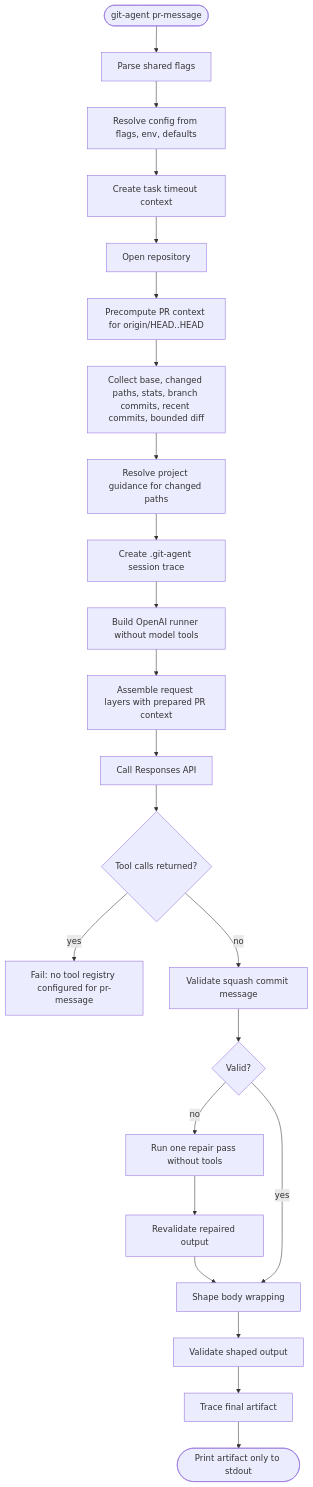
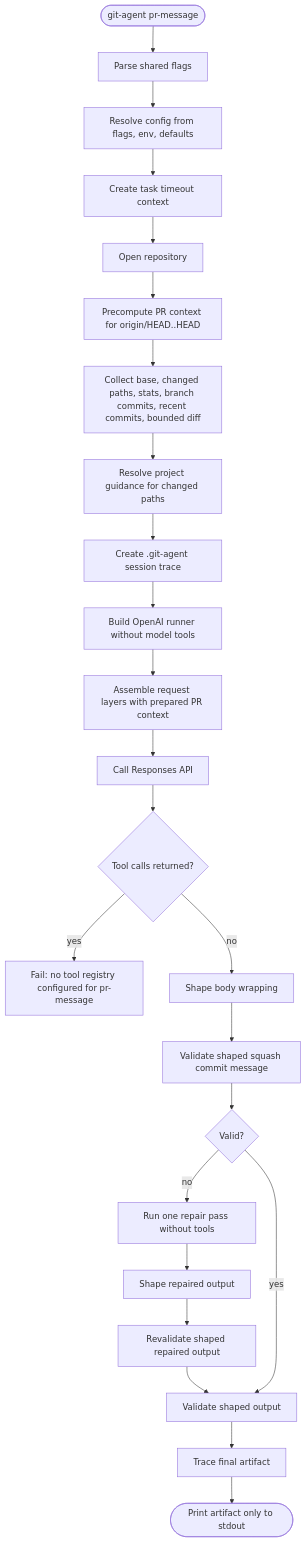
The fourth of 5 diagrams in docs/spec.md (yusing/git-agent), drawn with Mermaid before and after one commit. The commit also changed other lines of this file and 8 other files, not shown here.

````diff
--- a/docs/spec.md
+++ b/docs/spec.md
@@ -433,25 +435,26 @@
 ```mermaid
 flowchart TD
     Start([git-agent pr-message]) --> Parse[Parse shared flags]
     Parse --> Resolve[Resolve config from flags, env, defaults]
     Resolve --> Timeout[Create task timeout context]
     Timeout --> OpenRepo[Open repository]
     OpenRepo --> Prepare[Precompute PR context for origin/HEAD..HEAD]
     Prepare --> Evidence[Collect base, changed paths, stats, branch commits, recent commits, bounded diff]
     Evidence --> Guidance[Resolve project guidance for changed paths]
     Guidance --> Trace[Create .git-agent session trace]
     Trace --> Runner[Build OpenAI runner without model tools]
     Runner --> Request[Assemble request layers with prepared PR context]
     Request --> Model[Call Responses API]
     Model --> ToolGuard{Tool calls returned?}
     ToolGuard -- yes --> Error[Fail: no tool registry configured for pr-message]
-    ToolGuard -- no --> Validate[Validate squash commit message]
+    ToolGuard -- no --> Shape[Shape body wrapping]
+    Shape --> Validate[Validate shaped squash commit message]
     Validate --> Valid{Valid?}
     Valid -- no --> Repair[Run one repair pass without tools]
-    Repair --> Revalidate[Revalidate repaired output]
-    Revalidate --> Shape[Shape body wrapping]
-    Valid -- yes --> Shape
-    Shape --> FinalValidate[Validate shaped output]
+    Repair --> Reshape[Shape repaired output]
+    Reshape --> Revalidate[Revalidate shaped repaired output]
+    Revalidate --> FinalValidate
+    Valid -- yes --> FinalValidate[Validate shaped output]
     FinalValidate --> FinalTrace[Trace final artifact]
     FinalTrace --> Stdout([Print artifact only to stdout])
 ```
````
